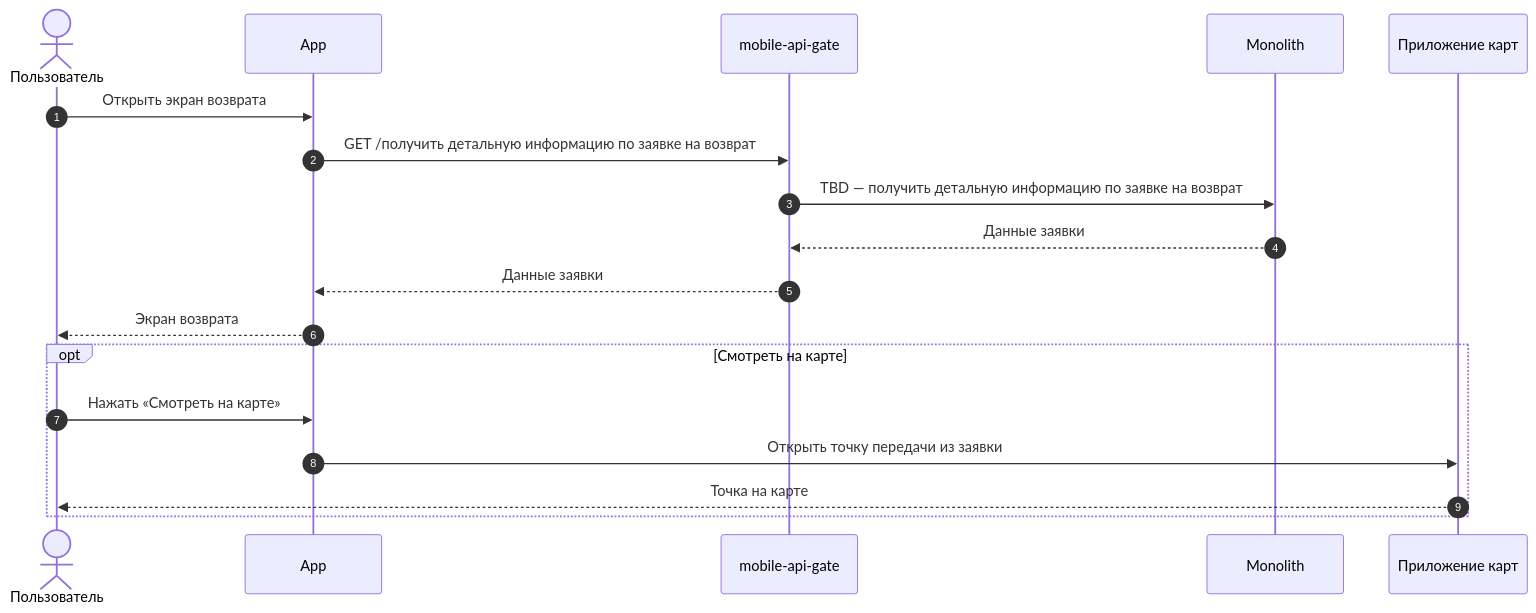
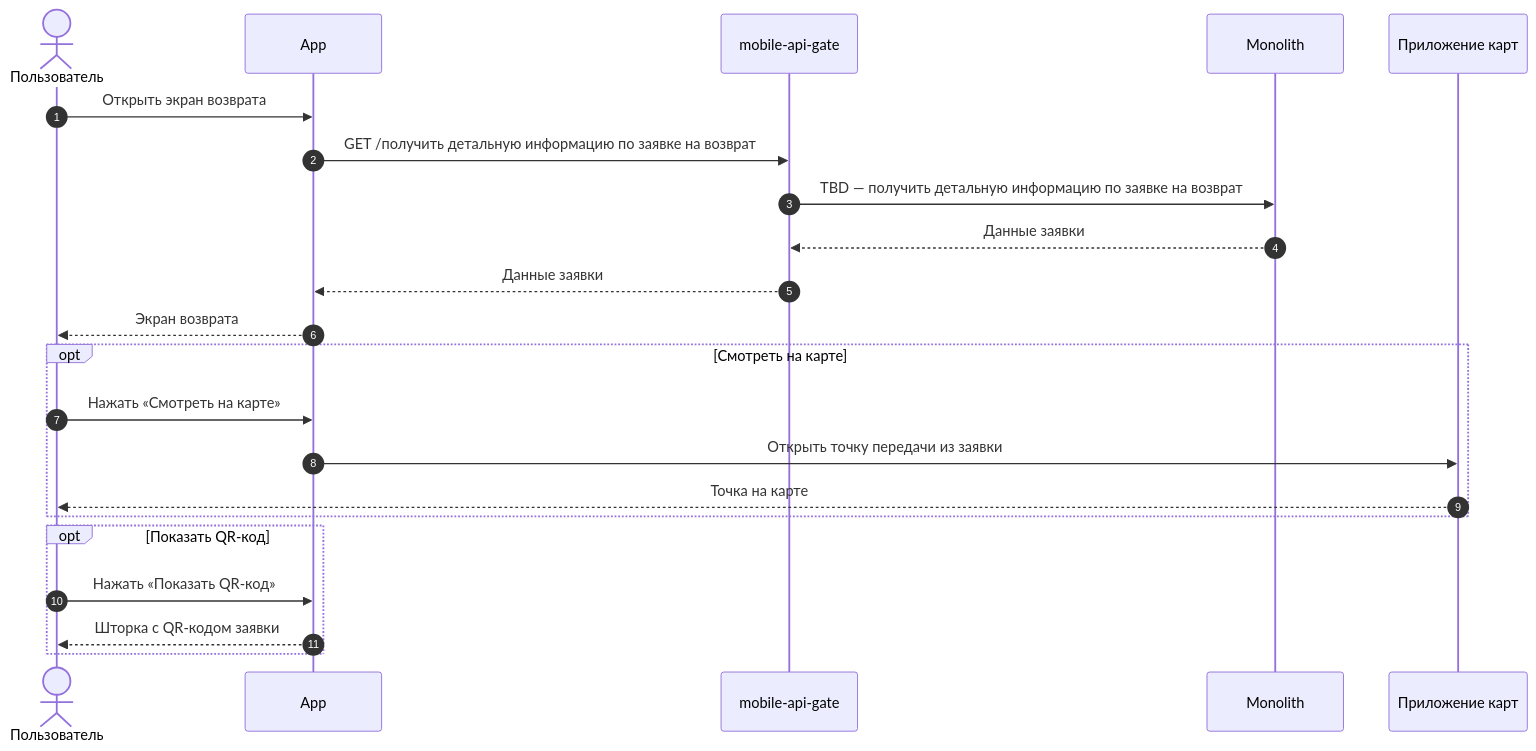
One commit to Terinss155/opencode-agents-analysis changed diagram 20 of 22 in projects/returns-2.0/requirements/srs/srs-mobile-mvp.md. Above: the diagram before and after it, drawn with Mermaid. The commit also changed other lines of this file and 18 other files, not shown here.

````diff
--- a/projects/returns-2.0/requirements/srs/srs-mobile-mvp.md
+++ b/projects/returns-2.0/requirements/srs/srs-mobile-mvp.md
@@ -1288,22 +1376,27 @@
 ```mermaid
 sequenceDiagram
     autonumber
     actor U as Пользователь
     participant APP as App
     participant API as mobile-api-gate
     participant MON as Monolith
     participant MAP as Приложение карт
 
     U->>APP: Открыть экран возврата
     APP->>API: GET /получить детальную информацию по заявке на возврат
     API->>MON: TBD — получить детальную информацию по заявке на возврат
     MON-->>API: Данные заявки
     API-->>APP: Данные заявки
     APP-->>U: Экран возврата
 
     opt Смотреть на карте
         U->>APP: Нажать «Смотреть на карте»
         APP->>MAP: Открыть точку передачи из заявки
         MAP-->>U: Точка на карте
     end
+
+    opt Показать QR-код
+        U->>APP: Нажать «Показать QR-код»
+        APP-->>U: Шторка с QR-кодом заявки
+    end
 ```
````
